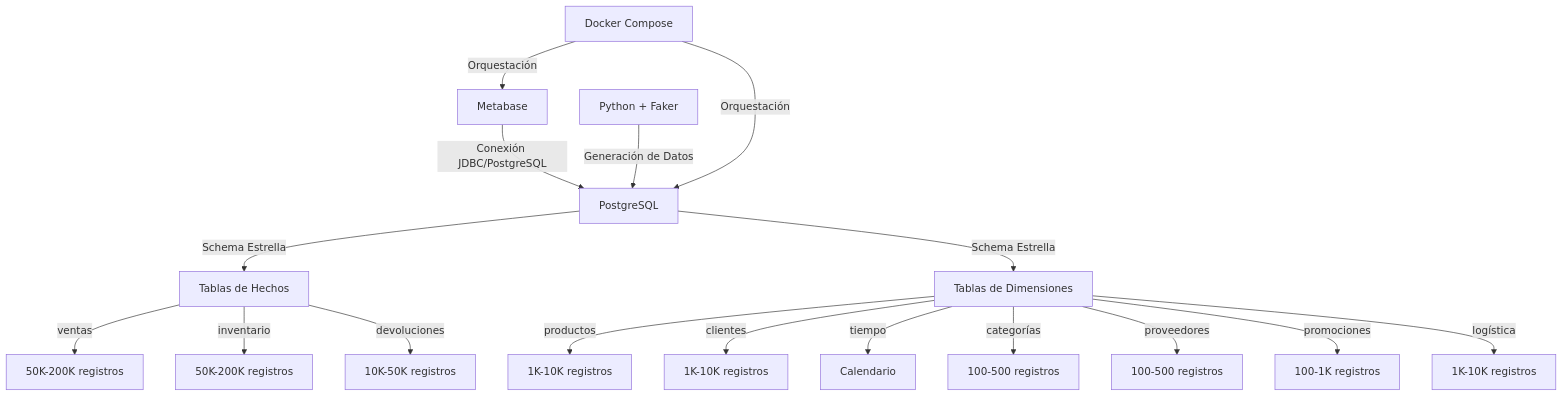
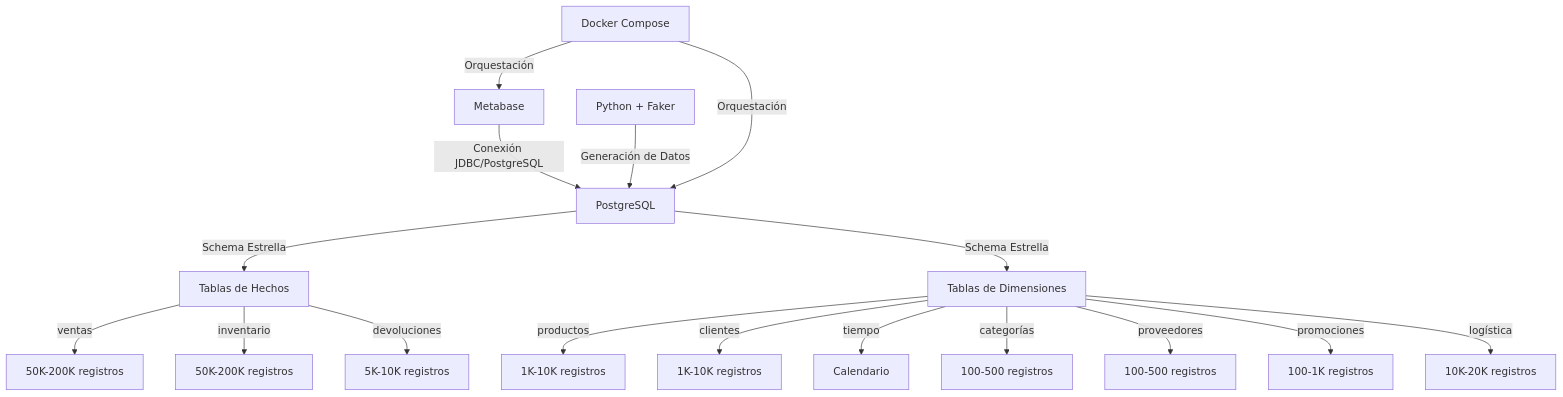
One commit to Fisherk2/dashboard-metabase-analiticas changed the diagram in docs/TRD.md. Above: the diagram before and after it, drawn with Mermaid. The commit also changed other lines of this file and 16 other files, not shown here.

````diff
--- a/docs/TRD.md
+++ b/docs/TRD.md
@@ -11,20 +11,20 @@
 ```mermaid
 graph TD
     A[Metabase] -->|Conexión JDBC/PostgreSQL| B[PostgreSQL]
     B -->|Schema Estrella| C[Tablas de Hechos]
     B -->|Schema Estrella| D[Tablas de Dimensiones]
     C -->|ventas| E[50K-200K registros]
     C -->|inventario| F[50K-200K registros]
-    C -->|devoluciones| G[10K-50K registros]
+    C -->|devoluciones| G[5K-10K registros]
     D -->|productos| H[1K-10K registros]
     D -->|clientes| I[1K-10K registros]
     D -->|tiempo| J[Calendario]
     D -->|categorías| K[100-500 registros]
     D -->|proveedores| L[100-500 registros]
     D -->|promociones| M[100-1K registros]
-    D -->|logística| N[1K-10K registros]
+    D -->|logística| N[10K-20K registros]
     
     O[Python + Faker] -->|Generación de Datos| B
     P[Docker Compose] -->|Orquestación| B
     P -->|Orquestación| A
 ```
````
